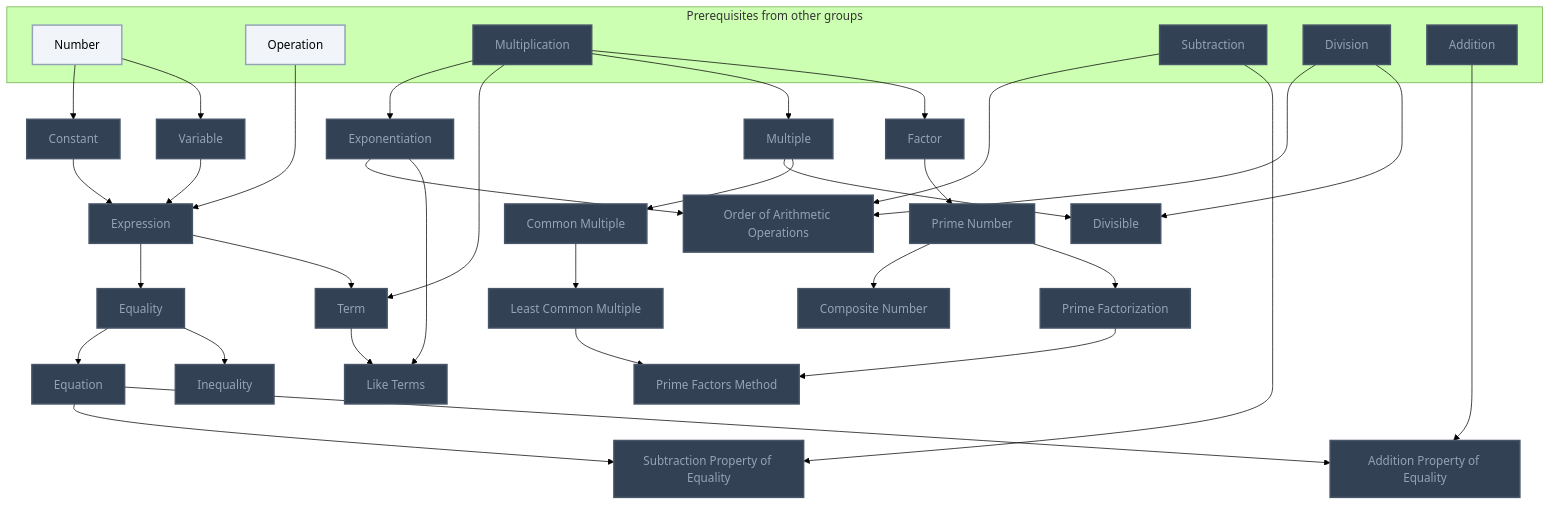
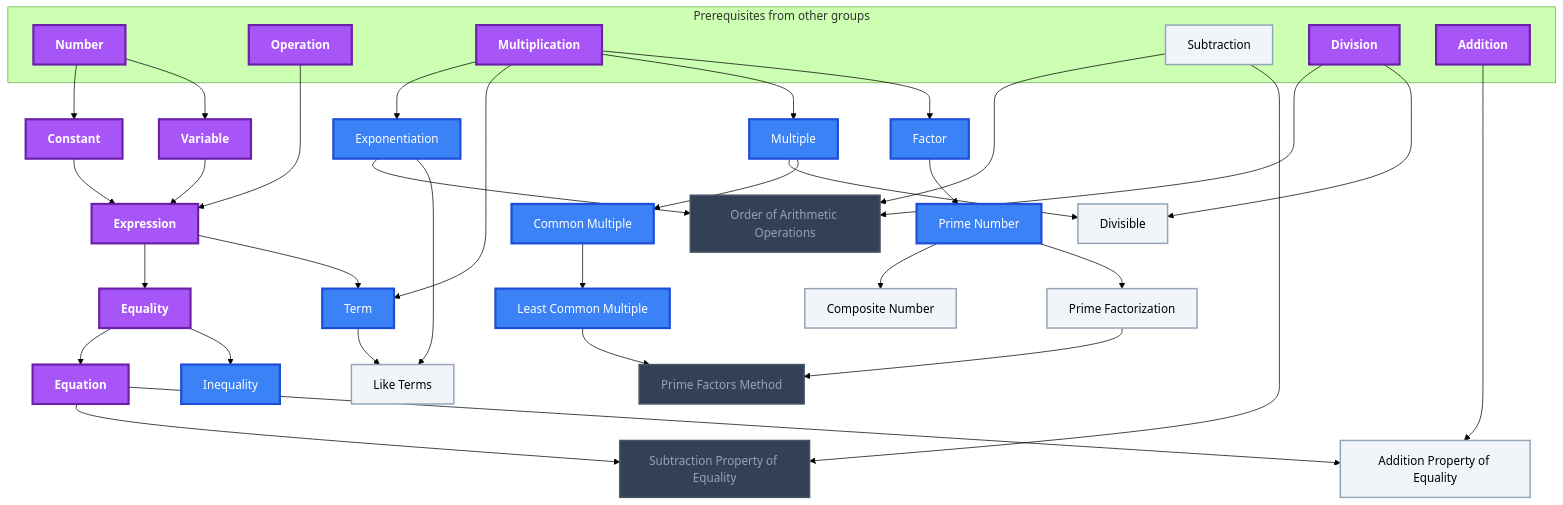
One commit to MRauf1/My-Notes changed the second of 10 diagrams in Gamification/Skill Trees/Pre-Algebra.md. Above: the diagram before and after it, drawn with Mermaid (forest theme). The commit also changed other lines of this file and 156 other files, not shown here.

````diff
--- a/Gamification/Skill Trees/Pre-Algebra.md
+++ b/Gamification/Skill Trees/Pre-Algebra.md
@@ -80,75 +82,77 @@
 ```mermaid
 flowchart TD
     classDef planned fill:#1E293B,stroke:#64748B,stroke-width:2px,stroke-dasharray:5 5,color:#94A3B8;
     classDef locked fill:#334155,stroke:#475569,stroke-width:2px,color:#94A3B8;
     classDef L0 fill:#F1F5F9,stroke:#94A3B8,stroke-width:2px,color:#000000;
     classDef L1 fill:#22C55E,stroke:#15803D,stroke-width:2px,color:#000000;
     classDef L2 fill:#3B82F6,stroke:#1D4ED8,stroke-width:3px,color:#FFFFFF;
     classDef L3 fill:#A855F7,stroke:#6B21A8,stroke-width:3px,color:#FFFFFF,font-weight:bold;
     classDef L4 fill:#F97316,stroke:#C2410C,stroke-width:4px,color:#000000,font-weight:bold;
     classDef L5 fill:#FFD700,stroke:#FF8C00,stroke-width:5px,color:#000000,font-weight:bold;
     classDef rusty stroke:#8B4513,stroke-width:4px,stroke-dasharray:3 3;
     subgraph sg_prereqs["Prerequisites from other groups"]
         n_number["Number"]
         n_operation["Operation"]
         n_multiplication["Multiplication"]
         n_subtraction["Subtraction"]
         n_division["Division"]
         n_addition["Addition"]
     end
     n_constant["Constant"]
     n_variable["Variable"]
     n_expression["Expression"]
     n_equality["Equality"]
     n_equation["Equation"]
     n_inequality["Inequality"]
     n_exponentiation["Exponentiation"]
     n_order_of_arithmetic_operations["Order of Arithmetic Operations"]
     n_term["Term"]
     n_like_terms["Like Terms"]
     n_subtraction_property_of_equality["Subtraction Property of Equality"]
     n_addition_property_of_equality["Addition Property of Equality"]
     n_multiple["Multiple"]
     n_divisible["Divisible"]
     n_factor["Factor"]
     n_prime_number["Prime Number"]
     n_composite_number["Composite Number"]
     n_prime_factorization["Prime Factorization"]
     n_common_multiple["Common Multiple"]
     n_least_common_multiple["Least Common Multiple"]
     n_prime_factors_method["Prime Factors Method"]
     n_number --> n_constant
     n_number --> n_variable
     n_operation --> n_expression
     n_constant --> n_expression
     n_variable --> n_expression
     n_expression --> n_equality
     n_equality --> n_equation
     n_equality --> n_inequality
     n_multiplication --> n_exponentiation
     n_subtraction --> n_order_of_arithmetic_operations
     n_division --> n_order_of_arithmetic_operations
     n_exponentiation --> n_order_of_arithmetic_operations
     n_multiplication --> n_term
     n_expression --> n_term
     n_exponentiation --> n_like_terms
     n_term --> n_like_terms
     n_subtraction --> n_subtraction_property_of_equality
     n_equation --> n_subtraction_property_of_equality
     n_addition --> n_addition_property_of_equality
     n_equation --> n_addition_property_of_equality
     n_multiplication --> n_multiple
     n_division --> n_divisible
     n_multiple --> n_divisible
     n_multiplication --> n_factor
     n_factor --> n_prime_number
     n_prime_number --> n_composite_number
     n_prime_number --> n_prime_factorization
     n_multiple --> n_common_multiple
     n_common_multiple --> n_least_common_multiple
     n_prime_factorization --> n_prime_factors_method
     n_least_common_multiple --> n_prime_factors_method
-    class n_multiplication,n_subtraction,n_division,n_addition,n_constant,n_variable,n_expression,n_equality,n_equation,n_inequality,n_exponentiation,n_order_of_arithmetic_operations,n_term,n_like_terms,n_subtraction_property_of_equality,n_addition_property_of_equality,n_multiple,n_divisible,n_factor,n_prime_number,n_composite_number,n_prime_factorization,n_common_multiple,n_least_common_multiple,n_prime_factors_method locked;
-    class n_number,n_operation L0;
+    class n_order_of_arithmetic_operations,n_subtraction_property_of_equality,n_prime_factors_method locked;
+    class n_subtraction,n_like_terms,n_addition_property_of_equality,n_divisible,n_composite_number,n_prime_factorization L0;
+    class n_inequality,n_exponentiation,n_term,n_multiple,n_factor,n_prime_number,n_common_multiple,n_least_common_multiple L2;
+    class n_number,n_operation,n_multiplication,n_division,n_addition,n_constant,n_variable,n_expression,n_equality,n_equation L3;
     class n_number,n_operation,n_multiplication,n_subtraction,n_division,n_addition,n_constant,n_variable,n_expression,n_equality,n_equation,n_inequality,n_exponentiation,n_order_of_arithmetic_operations,n_term,n_like_terms,n_subtraction_property_of_equality,n_addition_property_of_equality,n_multiple,n_divisible,n_factor,n_prime_number,n_composite_number,n_prime_factorization,n_common_multiple,n_least_common_multiple,n_prime_factors_method internal-link;
 ```
````
